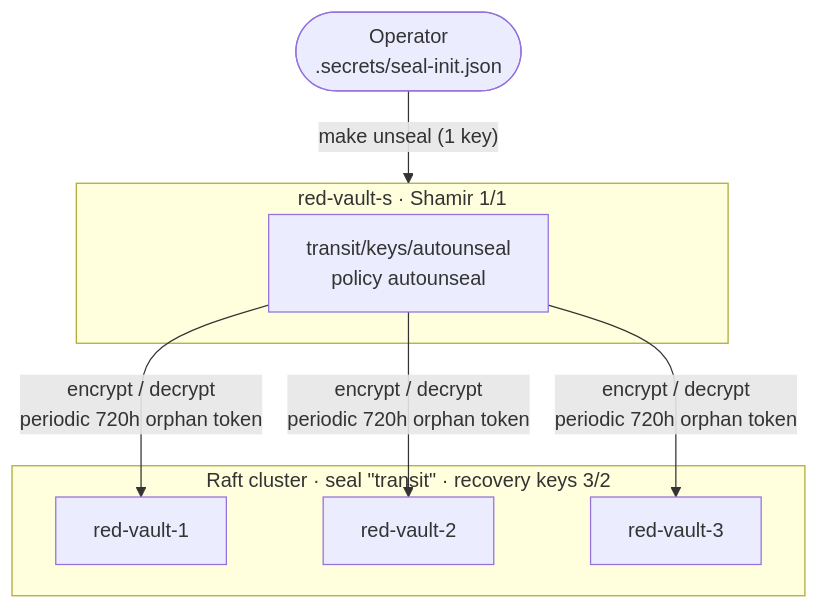
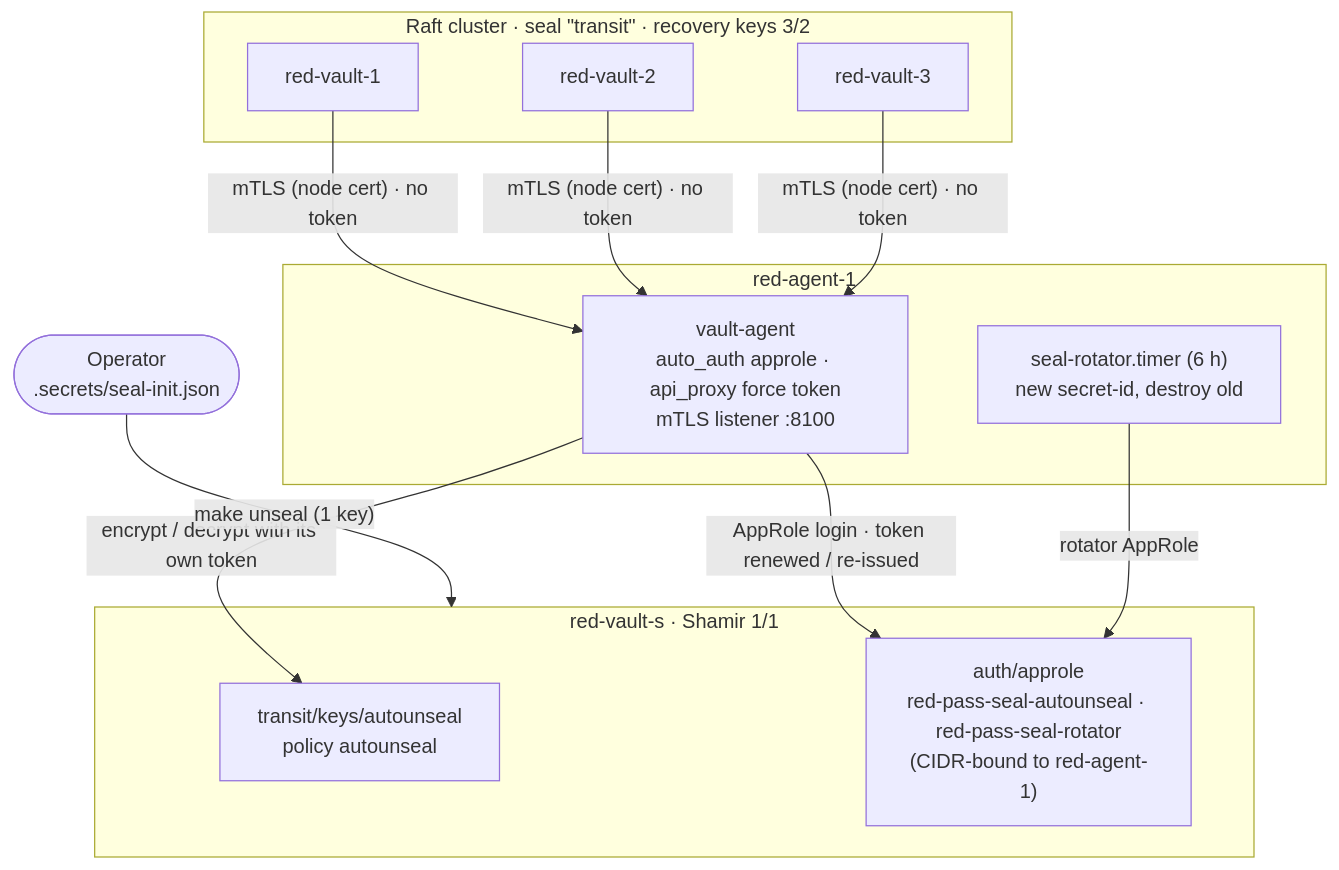
The second of 4 diagrams in docs/architecture.md (raymonepping/red_pass), drawn with Mermaid before and after one commit. The commit also changed other lines of this file and 41 other files, not shown here.

First line of the commit message:
feat: seal agent on red-agent-1 (AppRole + Vault Agent, no seal token on the cluster)

````diff
--- a/docs/architecture.md
+++ b/docs/architecture.md
@@ -51,14 +51,22 @@
 ```mermaid
 flowchart TB
   op(["Operator<br/>.secrets/seal-init.json"])
   subgraph seal["red-vault-s · Shamir 1/1"]
     tr["transit/keys/autounseal<br/>policy autounseal"]
+    ar["auth/approle<br/>red-pass-seal-autounseal · red-pass-seal-rotator<br/>(CIDR-bound to red-agent-1)"]
+  end
+  subgraph agent["red-agent-1"]
+    va["vault-agent<br/>auto_auth approle · api_proxy force token<br/>mTLS listener :8100"]
+    rot["seal-rotator.timer (6 h)<br/>new secret-id, destroy old"]
   end
   subgraph cluster["Raft cluster · seal &quot;transit&quot; · recovery keys 3/2"]
     v1["red-vault-1"]
     v2["red-vault-2"]
     v3["red-vault-3"]
   end
   op -- "make unseal (1 key)" --> seal
-  tr -- "encrypt / decrypt<br/>periodic 720h orphan token" --> v1 & v2 & v3
+  va -- "AppRole login · token renewed / re-issued" --> ar
+  rot -- "rotator AppRole" --> ar
+  v1 & v2 & v3 -- "mTLS (node cert) · no token" --> va
+  va -- "encrypt / decrypt with its own token" --> tr
 ```
````
